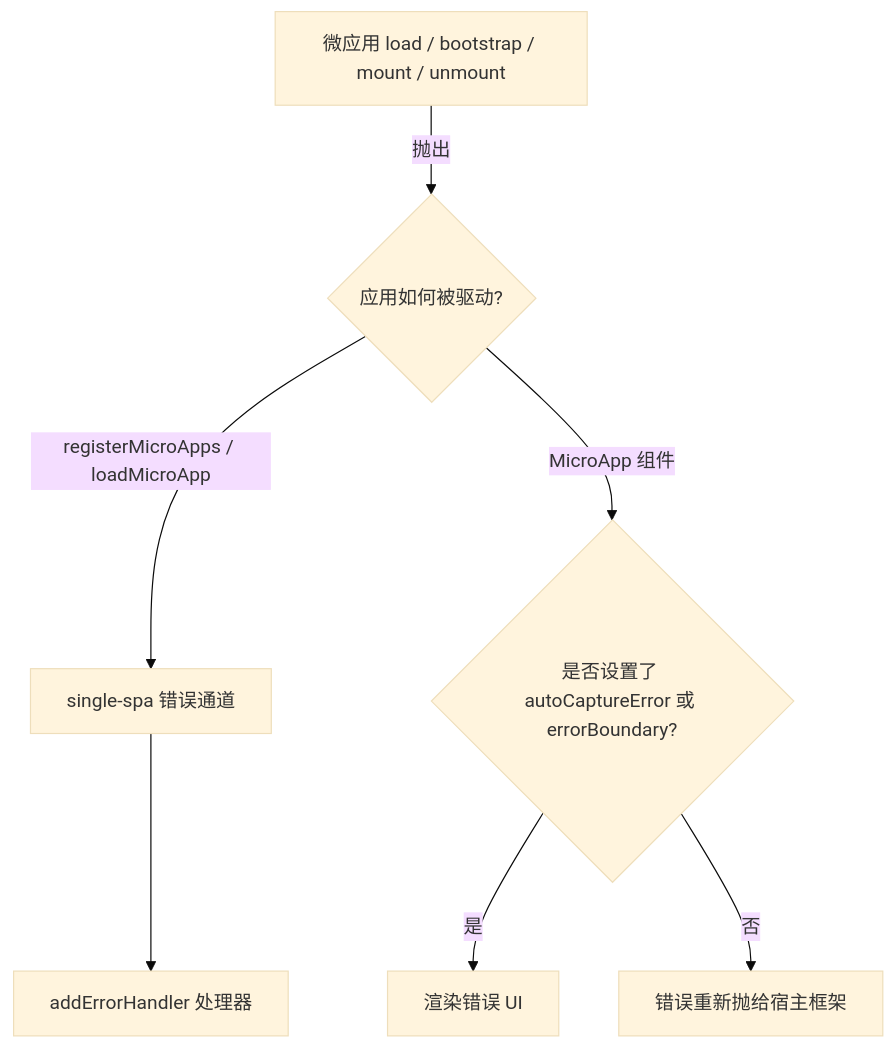
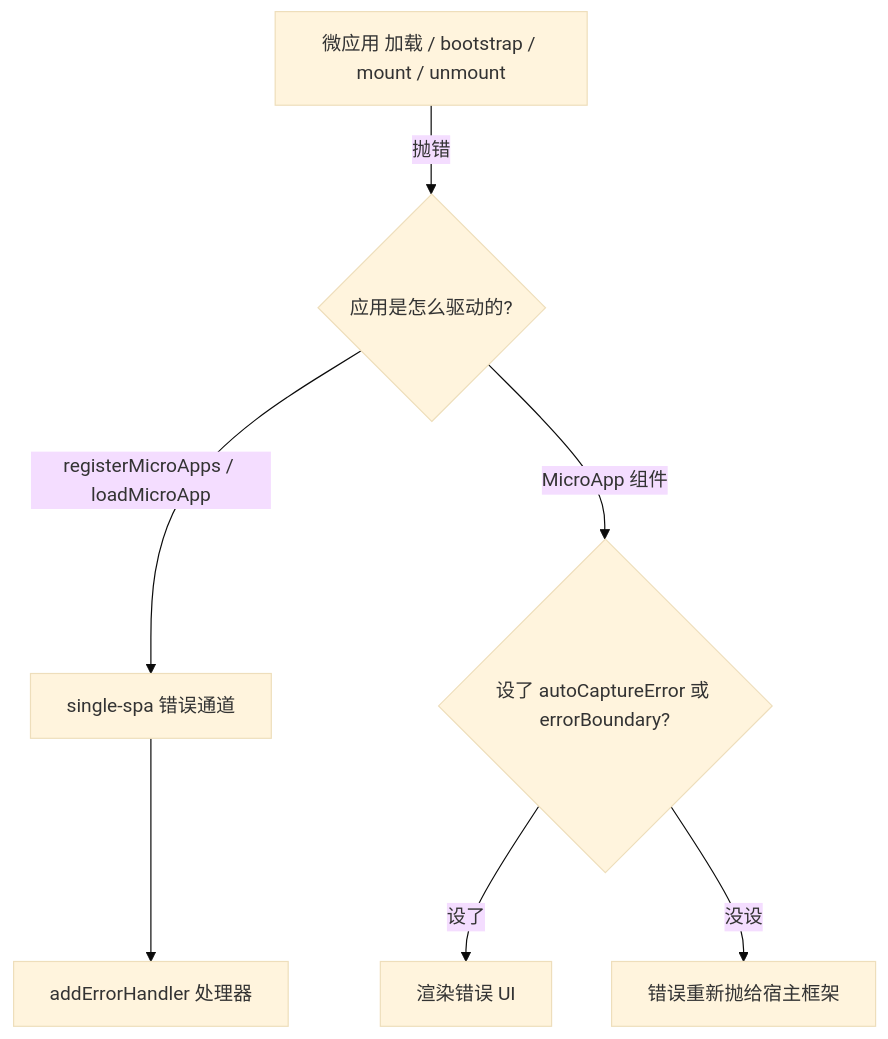
Before and after one commit to umijs/qiankun: the diagram in docs/zh-CN/cookbook/handle-errors.md, drawn with Mermaid (base theme). The commit also changed other lines of this file and 63 other files, not shown here.

````diff
--- a/docs/zh-CN/cookbook/handle-errors.md
+++ b/docs/zh-CN/cookbook/handle-errors.md
@@ -7,9 +7,9 @@
 ```mermaid
 flowchart TD
-  A[微应用 load / bootstrap / mount / unmount] -->|抛出| B{应用如何被驱动?}
+  A[微应用 加载 / bootstrap / mount / unmount] -->|抛错| B{应用是怎么驱动的?}
   B -->|registerMicroApps / loadMicroApp| C[single-spa 错误通道]
   C --> D[addErrorHandler 处理器]
-  B -->|MicroApp 组件| E{是否设置了 autoCaptureError 或 errorBoundary?}
-  E -->|是| F[渲染错误 UI]
-  E -->|否| G[错误重新抛给宿主框架]
+  B -->|MicroApp 组件| E{设了 autoCaptureError 或 errorBoundary?}
+  E -->|设了| F[渲染错误 UI]
+  E -->|没设| G[错误重新抛给宿主框架]
 ```
````
